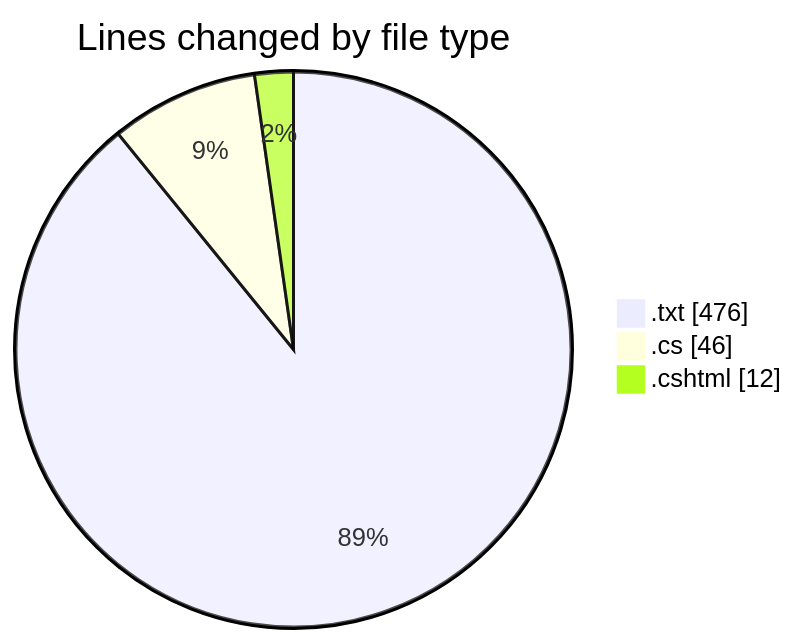
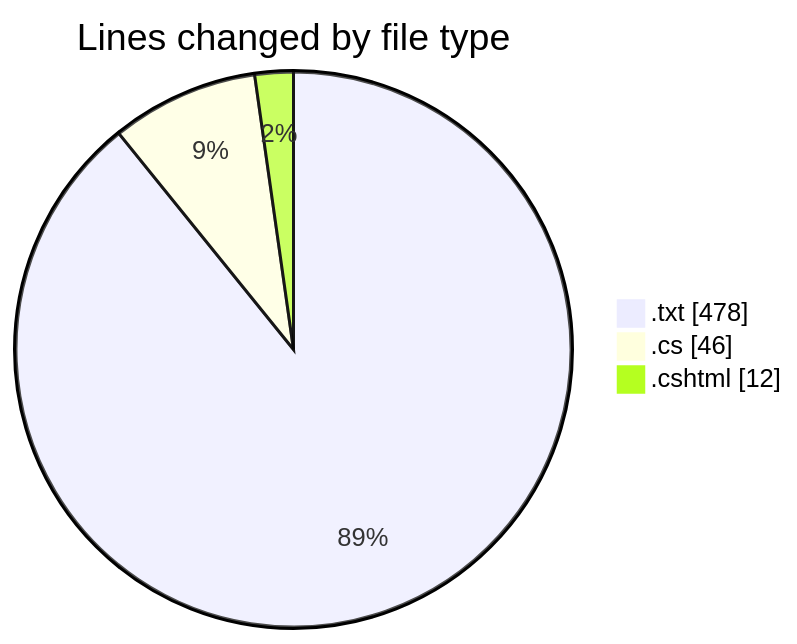
One commit to lephambinh05/code-tracking changed the first of 2 diagrams in 2025-07-26/quanlyrapchieuphim-1/README.md. Above: the diagram before and after it, drawn with Mermaid. The commit also changed other lines of this file and 1 other file, not shown here.

````diff
--- a/2025-07-26/quanlyrapchieuphim-1/README.md
+++ b/2025-07-26/quanlyrapchieuphim-1/README.md
@@ -24,7 +24,7 @@
 ```mermaid
 pie showData
 title Lines changed by file type
-".txt" : 476
+".txt" : 478
 ".cs" : 46
 ".cshtml" : 12
 ```
````
